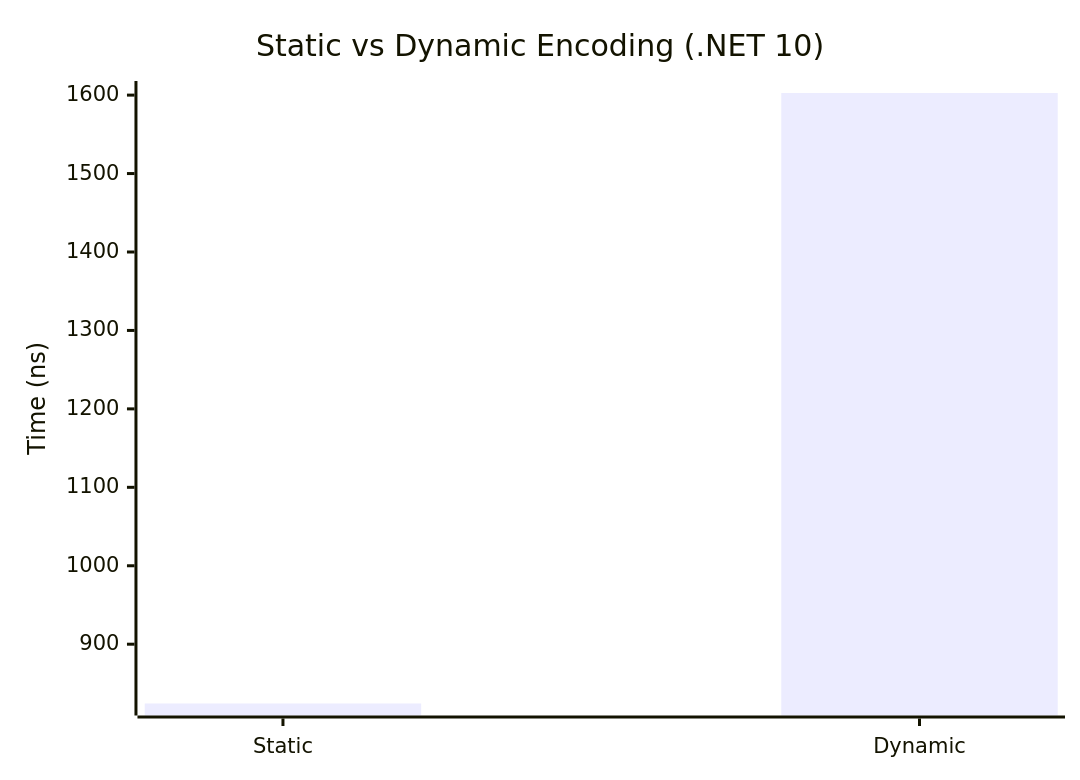
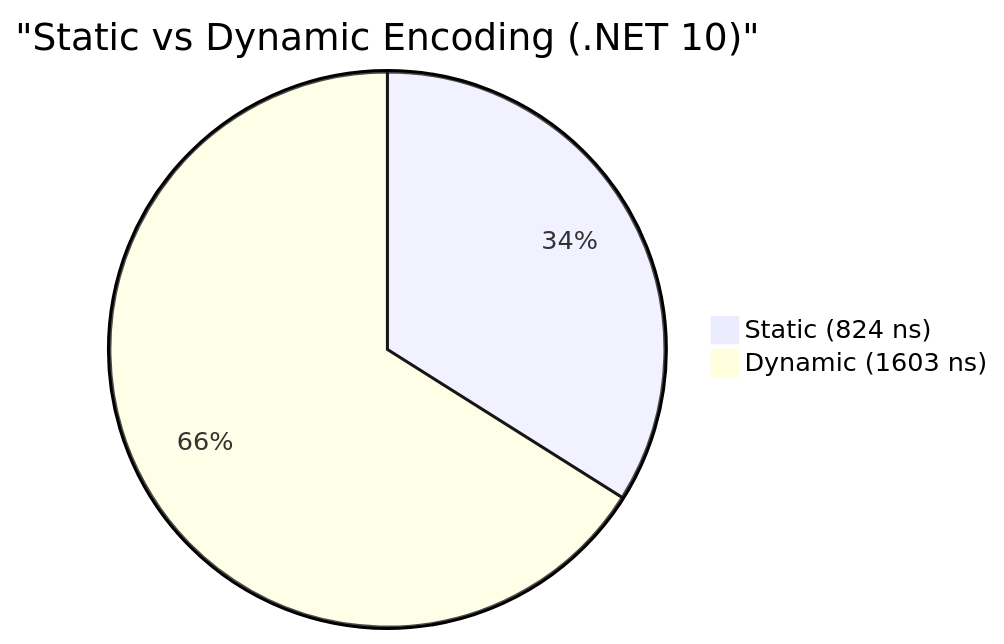
Before and after one commit to IsMikeTaken/ProtobuffEncoder: the first of 2 diagrams in Writerside/topics/infrastructure1.md, drawn with Mermaid. The commit also changed other lines of this file and 64 other files, not shown here.

````diff
--- a/Writerside/topics/infrastructure1.md
+++ b/Writerside/topics/infrastructure1.md
@@ -18,7 +18,5 @@
 ```mermaid
-xychart-beta
-    title "Static vs Dynamic Encoding (.NET 10)"
-    x-axis ["Static", "Dynamic"]
-    y-axis "Time (ns)"
-    bar [824.4, 1602.7]
+pie title "Static vs Dynamic Encoding (.NET 10)"
+    "Static (824 ns)" : 824
+    "Dynamic (1603 ns)" : 1603
 ```
````
